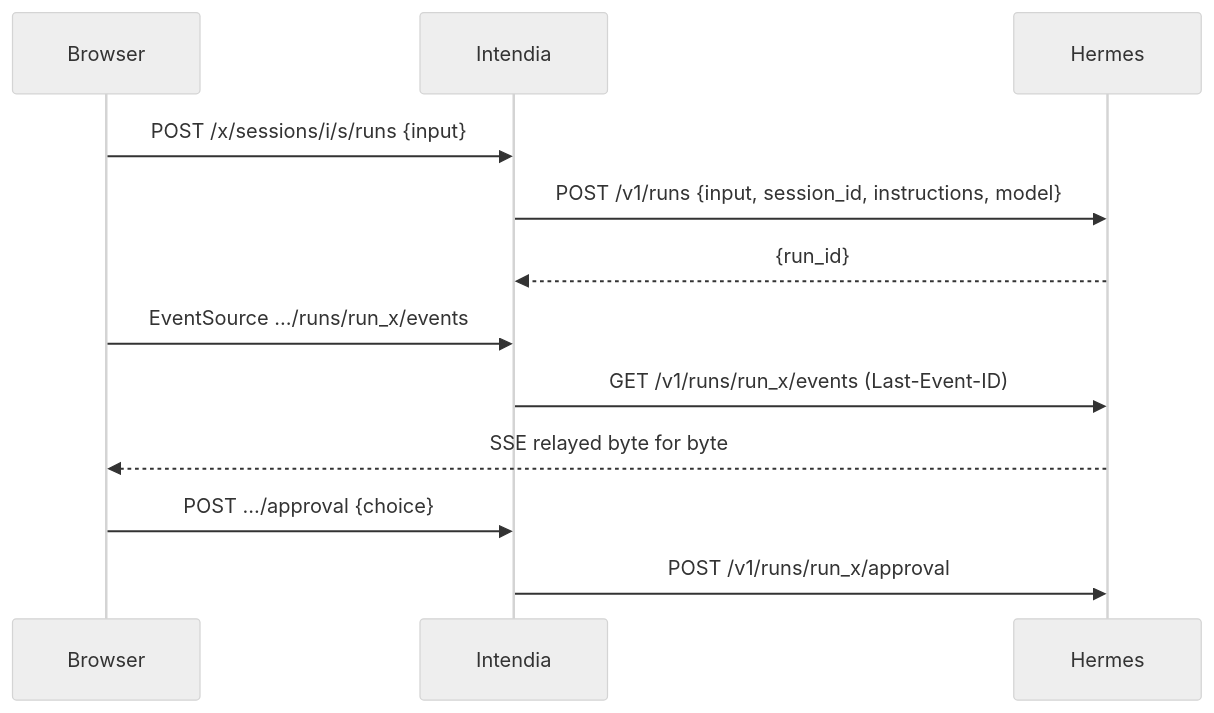
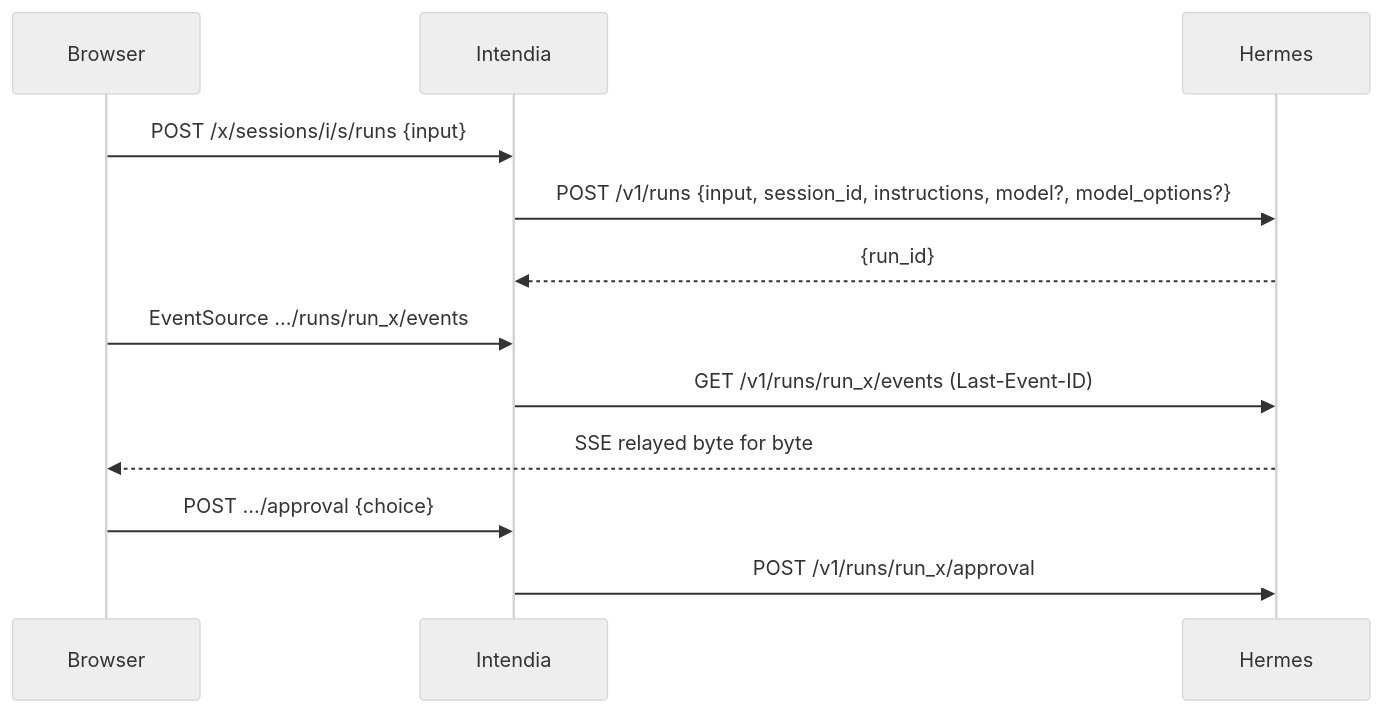
One commit to R0m1k3/Intendia changed the diagram in docs/architecture.md. Above: the diagram before and after it, drawn with Mermaid (neutral theme). The commit also changed other lines of this file and 1 other file, not shown here.

Commit message:
docs: run options and consumption (Hermes facts, architecture)

````diff
--- a/docs/architecture.md
+++ b/docs/architecture.md
@@ -78,14 +86,14 @@
 ```mermaid
 sequenceDiagram
   participant B as Browser
   participant I as Intendia
   participant H as Hermes
   B->>I: POST /x/sessions/i/s/runs {input}
-  I->>H: POST /v1/runs {input, session_id, instructions, model}
+  I->>H: POST /v1/runs {input, session_id, instructions, model?, model_options?}
   H-->>I: {run_id}
   B->>I: EventSource …/runs/run_x/events
   I->>H: GET /v1/runs/run_x/events (Last-Event-ID)
   H-->>B: SSE relayed byte for byte
   B->>I: POST …/approval {choice}
   I->>H: POST /v1/runs/run_x/approval
 ```
````
